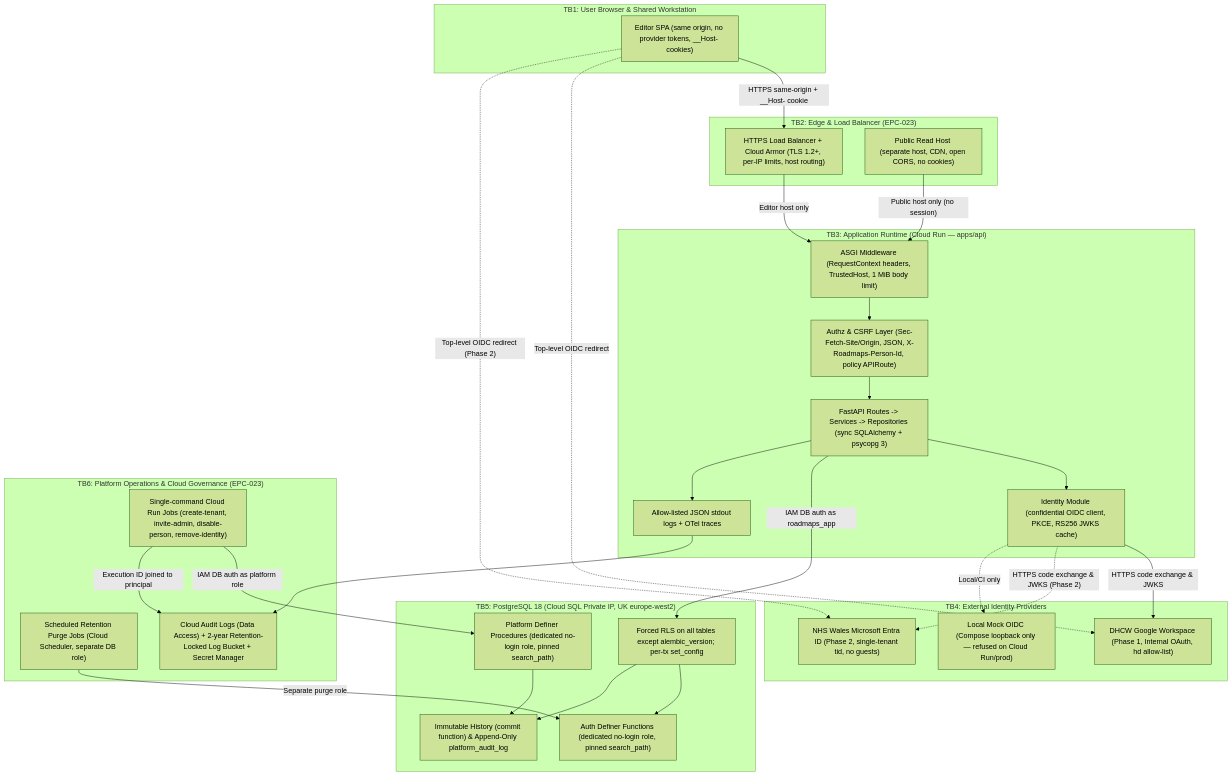
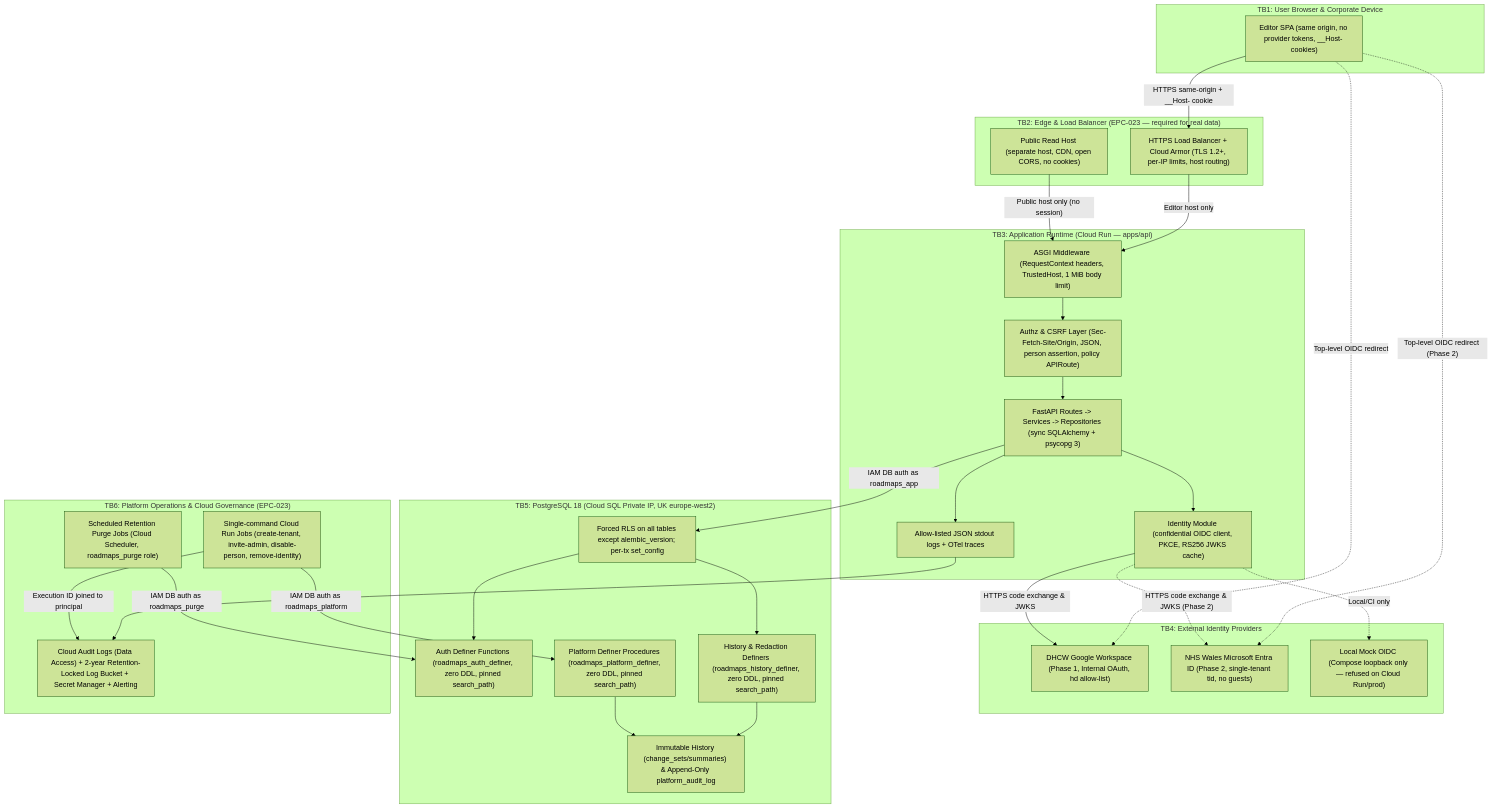
One commit to DHCW-Digital-Health-and-Care-Wales/roadmaps changed the first of 4 diagrams in docs/analysis/identity-threat-model.md. Above: the diagram before and after it, drawn with Mermaid (forest theme). The commit also changed other lines of this file and 9 other files, not shown here.

````diff
--- a/docs/analysis/identity-threat-model.md
+++ b/docs/analysis/identity-threat-model.md
@@ -141,57 +153,59 @@
 ```mermaid
 flowchart TB
-  subgraph TB1["TB1: User Browser & Shared Workstation"]
+  subgraph TB1["TB1: User Browser & Corporate Device"]
     Browser["Editor SPA (same origin, no provider tokens, __Host- cookies)"]
   end
 
-  subgraph TB2["TB2: Edge & Load Balancer (EPC-023)"]
+  subgraph TB2["TB2: Edge & Load Balancer (EPC-023 — required for real data)"]
     LB["HTTPS Load Balancer + Cloud Armor (TLS 1.2+, per-IP limits, host routing)"]
     PubHost["Public Read Host (separate host, CDN, open CORS, no cookies)"]
   end
 
   subgraph TB3["TB3: Application Runtime (Cloud Run — apps/api)"]
     MW["ASGI Middleware (RequestContext headers, TrustedHost, 1 MiB body limit)"]
-    Guard["Authz & CSRF Layer (Sec-Fetch-Site/Origin, JSON, X-Roadmaps-Person-Id, policy APIRoute)"]
+    Guard["Authz & CSRF Layer (Sec-Fetch-Site/Origin, JSON, person assertion, policy APIRoute)"]
     API["FastAPI Routes -> Services -> Repositories (sync SQLAlchemy + psycopg 3)"]
     OIDC["Identity Module (confidential OIDC client, PKCE, RS256 JWKS cache)"]
     Logs["Allow-listed JSON stdout logs + OTel traces"]
   end
 
   subgraph TB4["TB4: External Identity Providers"]
     Google["DHCW Google Workspace (Phase 1, Internal OAuth, hd allow-list)"]
     Entra["NHS Wales Microsoft Entra ID (Phase 2, single-tenant tid, no guests)"]
     Mock["Local Mock OIDC (Compose loopback only — refused on Cloud Run/prod)"]
   end
 
   subgraph TB5["TB5: PostgreSQL 18 (Cloud SQL Private IP, UK europe-west2)"]
     PG["Forced RLS on all tables except alembic_version; per-tx set_config"]
-    DefAuth["Auth Definer Functions (dedicated no-login role, pinned search_path)"]
-    DefPlat["Platform Definer Procedures (dedicated no-login role, pinned search_path)"]
-    Audit["Immutable History (commit function) & Append-Only platform_audit_log"]
+    DefAuth["Auth Definer Functions (roadmaps_auth_definer, zero DDL, pinned search_path)"]
+    DefHist["History & Redaction Definers (roadmaps_history_definer, zero DDL, pinned search_path)"]
+    DefPlat["Platform Definer Procedures (roadmaps_platform_definer, zero DDL, pinned search_path)"]
+    Audit["Immutable History (change_sets/summaries) & Append-Only platform_audit_log"]
   end
 
   subgraph TB6["TB6: Platform Operations & Cloud Governance (EPC-023)"]
     Jobs["Single-command Cloud Run Jobs (create-tenant, invite-admin, disable-person, remove-identity)"]
-    Purge["Scheduled Retention Purge Jobs (Cloud Scheduler, separate DB role)"]
-    Gov["Cloud Audit Logs (Data Access) + 2-year Retention-Locked Log Bucket + Secret Manager"]
+    Purge["Scheduled Retention Purge Jobs (Cloud Scheduler, roadmaps_purge role)"]
+    Gov["Cloud Audit Logs (Data Access) + 2-year Retention-Locked Log Bucket + Secret Manager + Alerting"]
   end
 
   Browser -- "HTTPS same-origin + __Host- cookie" --> LB
   Browser -. "Top-level OIDC redirect" .-> Google
   Browser -. "Top-level OIDC redirect (Phase 2)" .-> Entra
   LB -- "Editor host only" --> MW
   PubHost -- "Public host only (no session)" --> MW
   MW --> Guard --> API
   API --> OIDC
   OIDC -- "HTTPS code exchange & JWKS" --> Google
   OIDC -. "HTTPS code exchange & JWKS (Phase 2)" .-> Entra
   OIDC -. "Local/CI only" .-> Mock
   API -- "IAM DB auth as roadmaps_app" --> PG
   PG --> DefAuth
-  PG --> Audit
+  PG --> DefHist
+  DefHist --> Audit
   API --> Logs --> Gov
-  Jobs -- "IAM DB auth as platform role" --> DefPlat
+  Jobs -- "IAM DB auth as roadmaps_platform" --> DefPlat
   DefPlat --> Audit
-  Purge -- "Separate purge role" --> DefAuth
+  Purge -- "IAM DB auth as roadmaps_purge" --> DefAuth
   Jobs -- "Execution ID joined to principal" --> Gov
 ```
````
